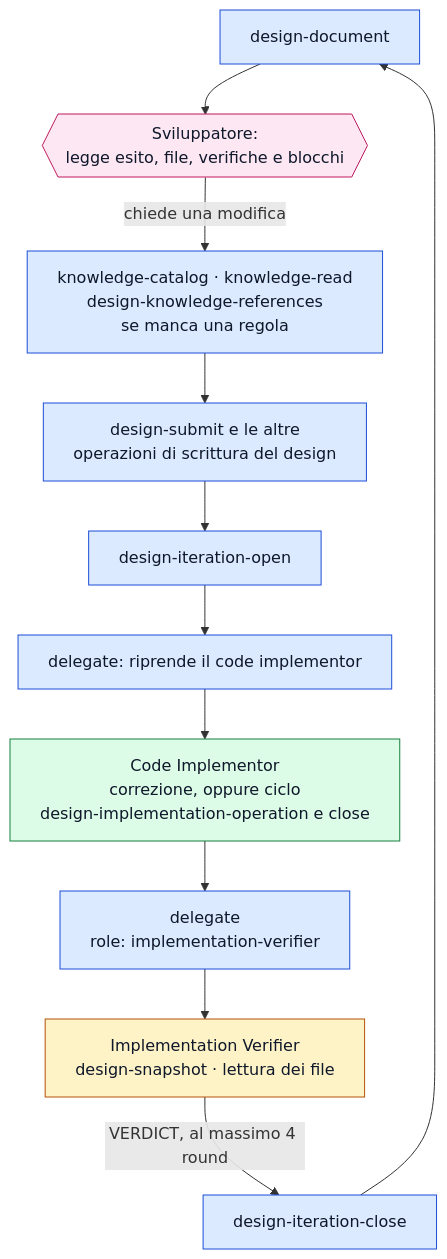
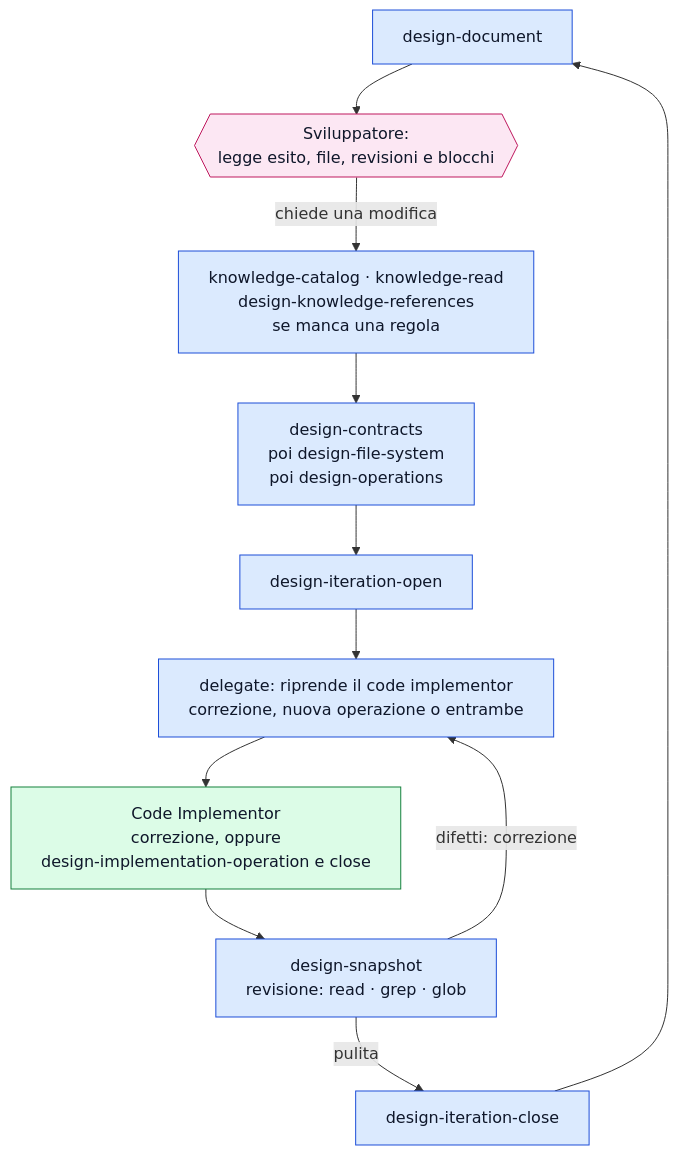
Before and after one commit to violabg/agentic-system-lessons: the fourth of 4 diagrams in orchestrator/reference/strumenti-design.md, drawn with Mermaid. The commit also changed other lines of this file and 69 other files, not shown here.

````diff
--- a/orchestrator/reference/strumenti-design.md
+++ b/orchestrator/reference/strumenti-design.md
@@ -140,22 +126,20 @@
 ```mermaid
 %%{init: {"flowchart": {"wrappingWidth": 460}}}%%
 flowchart TD
-    Doc["design-document"] --> Halt{{"Sviluppatore:<br/>legge esito, file, verifiche e blocchi"}}
+    Doc["design-document"] --> Halt{{"Sviluppatore:<br/>legge esito, file, revisioni e blocchi"}}
     Halt -->|chiede una modifica| Gap["knowledge-catalog · knowledge-read<br/>design-knowledge-references<br/>se manca una regola"]
-    Gap --> Update["design-submit e le altre<br/>operazioni di scrittura del design"]
+    Gap --> Update["design-contracts<br/>poi design-file-system<br/>poi design-operations"]
     Update --> Open["design-iteration-open"]
-    Open --> Fix["delegate: riprende il code implementor"]
-    Fix --> CI["Code Implementor<br/>correzione, oppure ciclo<br/>design-implementation-operation e close"]
-    CI --> Verify["delegate<br/>role: implementation-verifier"]
-    Verify --> IV["Implementation Verifier<br/>design-snapshot · lettura dei file"]
-    IV -->|"VERDICT, al massimo 4 round"| Close["design-iteration-close"]
+    Open --> Fix["delegate: riprende il code implementor<br/>correzione, nuova operazione o entrambe"]
+    Fix --> CI["Code Implementor<br/>correzione, oppure<br/>design-implementation-operation e close"]
+    CI --> Rev["design-snapshot<br/>revisione: read · grep · glob"]
+    Rev -->|"difetti: correzione"| Fix
+    Rev -->|pulita| Close["design-iteration-close"]
     Close --> Doc
     classDef orch fill:#dbeafe,stroke:#1d4ed8,color:#0f172a
     classDef impl fill:#dcfce7,stroke:#15803d,color:#0f172a
-    classDef verif fill:#fef3c7,stroke:#b45309,color:#0f172a
     classDef human fill:#fce7f3,stroke:#be185d,color:#0f172a
-    class Doc,Gap,Update,Open,Fix,Verify,Close orch
+    class Doc,Gap,Update,Open,Fix,Rev,Close orch
     class CI impl
-    class IV verif
     class Halt human
 ```
````
